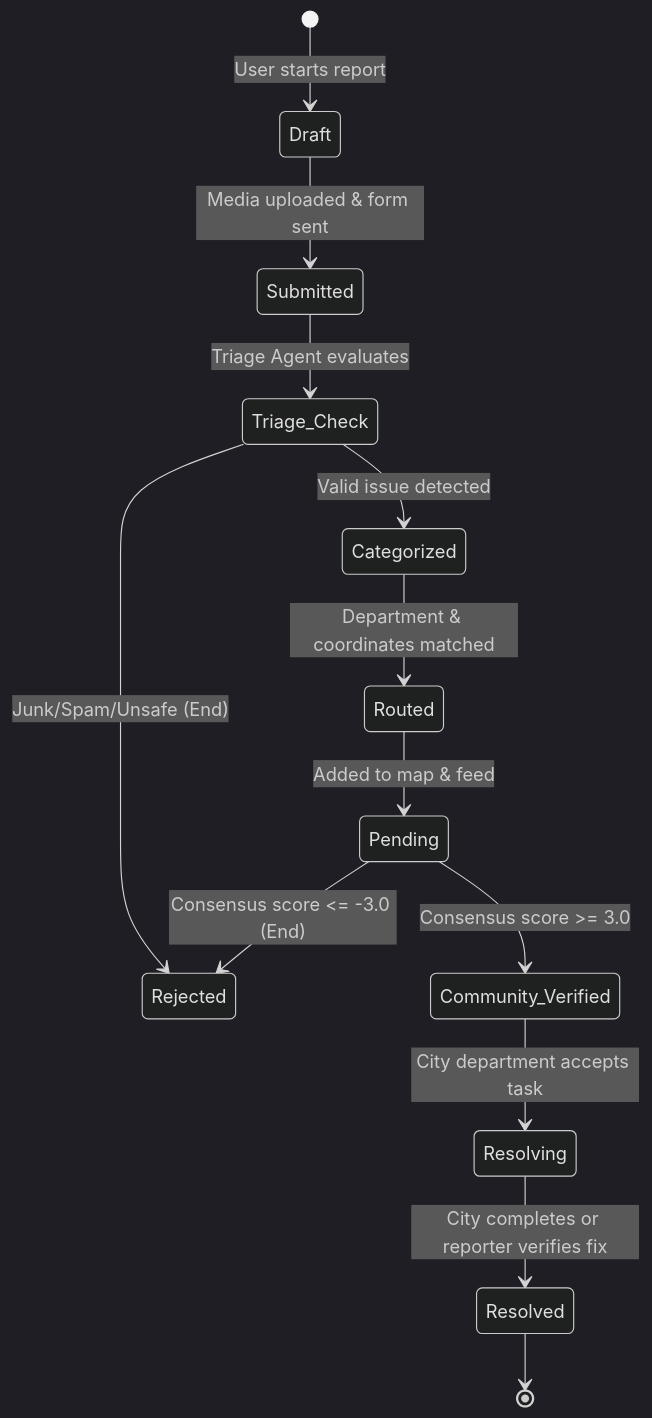
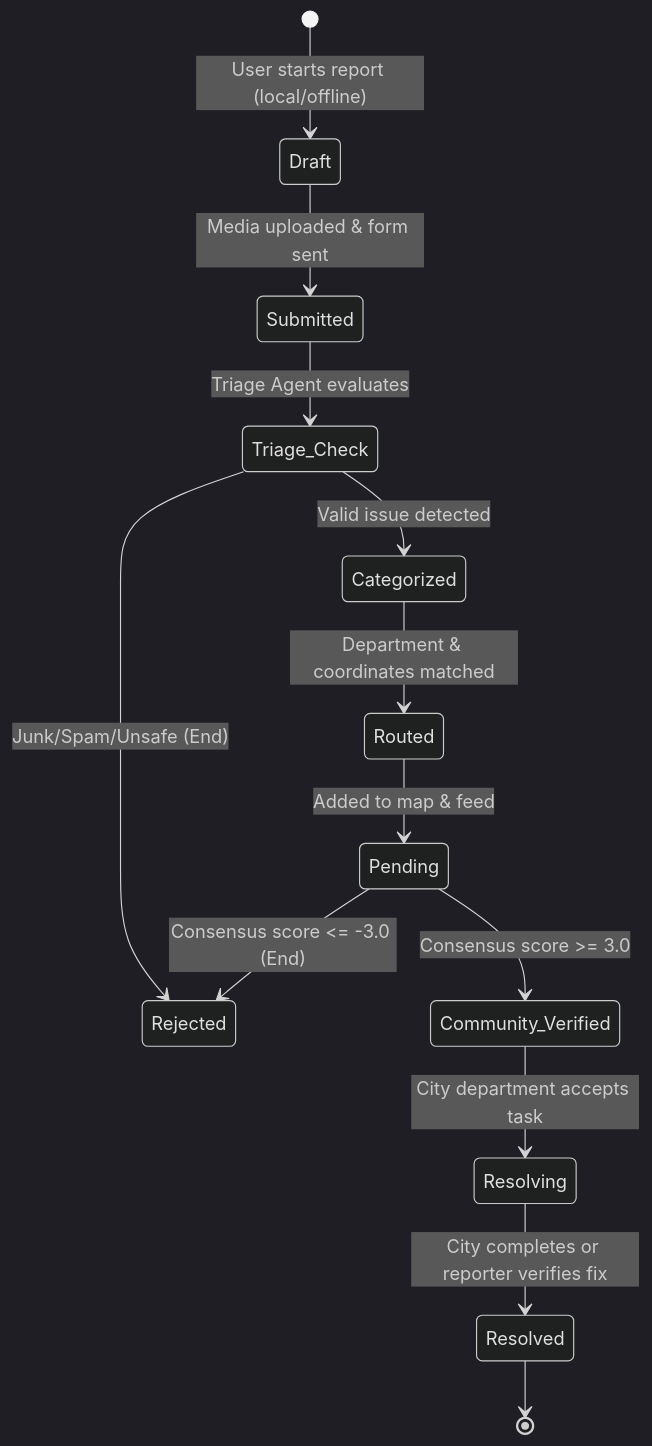
Before and after one commit to Suneeth12/vibe2ship: the second of 2 diagrams in ARCHITECTURE.md, drawn with Mermaid (dark theme). The commit also changed other lines of this file and 4 other files, not shown here.

````diff
--- a/ARCHITECTURE.md
+++ b/ARCHITECTURE.md
@@ -50,15 +50,15 @@
 ```mermaid
 stateDiagram-v2
-    [*] --> Draft : User starts report
+    [*] --> Draft : User starts report (local/offline)
     Draft --> Submitted : Media uploaded & form sent
     Submitted --> Triage_Check : Triage Agent evaluates
     Triage_Check --> Rejected : Junk/Spam/Unsafe (End)
     Triage_Check --> Categorized : Valid issue detected
     Categorized --> Routed : Department & coordinates matched
     Routed --> Pending : Added to map & feed
     Pending --> Community_Verified : Consensus score >= 3.0
     Pending --> Rejected : Consensus score <= -3.0 (End)
     Community_Verified --> Resolving : City department accepts task
     Resolving --> Resolved : City completes or reporter verifies fix
     Resolved --> [*]
 ```
````
